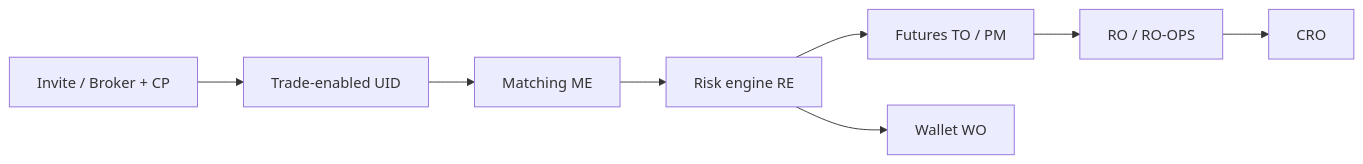
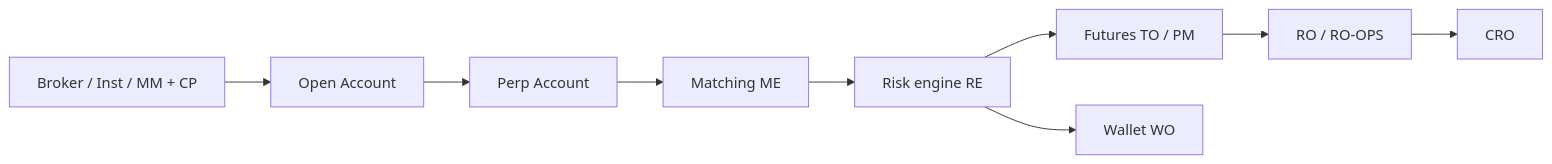
One commit to hxyan2020/PRD changed the sixth of 15 diagrams in docs/risk-handbook/en.md. Above: the diagram before and after it, drawn with Mermaid. The commit also changed other lines of this file and 63 other files, not shown here.

````diff
--- a/docs/risk-handbook/en.md
+++ b/docs/risk-handbook/en.md
@@ -384,10 +421,11 @@
 ```mermaid
 flowchart LR
-  ACC["Invite / Broker + CP"] --> UID["Trade-enabled UID"]
-  UID --> ME["Matching ME"]
+  ACC["Broker / Inst / MM + CP"] --> OA["Open Account"]
+  OA --> PA["Perp Account"]
+  PA --> ME["Matching ME"]
   ME --> RE["Risk engine RE"]
   RE --> FUT["Futures TO / PM"]
   FUT --> RO["RO / RO-OPS"]
   RE --> WO["Wallet WO"]
   RO --> CRO["CRO"]
 ```
````
